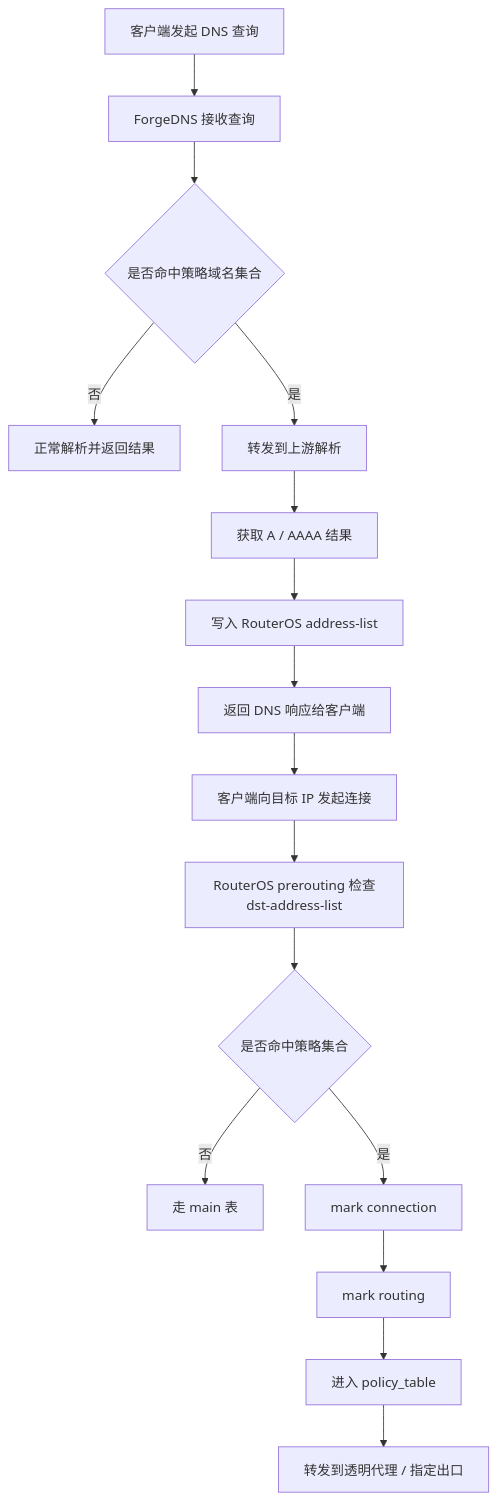
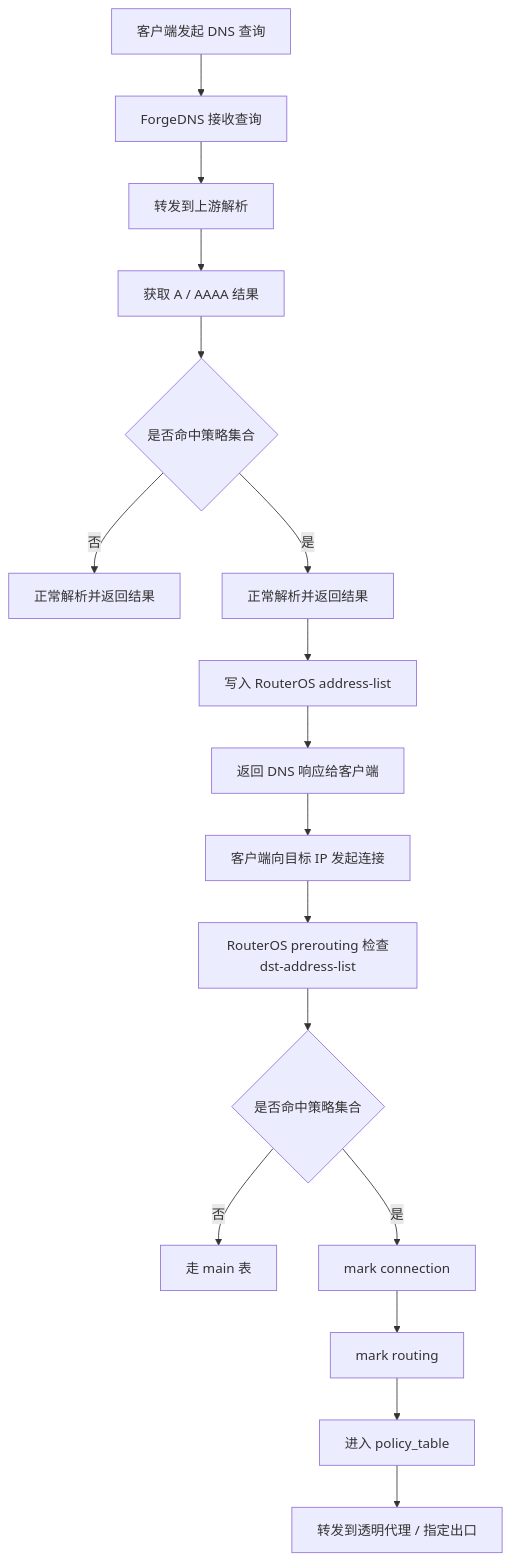
One commit to SvenShi/forgedns-bypass changed the first of 2 diagrams in README.md. Above: the diagram before and after it, drawn with Mermaid.

Commit message:
Update flowchart in README for DNS query process

````diff
--- a/README.md
+++ b/README.md
@@ -45,18 +45,19 @@
 ```mermaid
 flowchart TD
     A[客户端发起 DNS 查询] --> B[ForgeDNS 接收查询]
-    B --> C{是否命中策略域名集合}
-    C -- 否 --> D[正常解析并返回结果]
-    C -- 是 --> E[转发到上游解析]
-    E --> F[获取 A / AAAA 结果]
-    F --> G[写入 RouterOS address-list]
-    G --> H[返回 DNS 响应给客户端]
-    H --> I[客户端向目标 IP 发起连接]
-    I --> J[RouterOS prerouting 检查dst-address-list]
-    J --> K{是否命中策略集合}
-    K -- 否 --> L[走 main 表]
-    K -- 是 --> M[mark connection]
-    M --> N[mark routing]
-    N --> O[进入 policy_table]
-    O --> P[转发到透明代理 / 指定出口]
+    B --> C[转发到上游解析]
+    C --> D[获取 A / AAAA 结果]
+    D --> E{是否命中策略集合}
+    E -- 否 --> F[正常解析并返回结果]
+    E -- 是 --> G[正常解析并返回结果]
+    G --> H[写入 RouterOS address-list]
+    H --> I[返回 DNS 响应给客户端]
+    I --> J[客户端向目标 IP 发起连接]
+    J --> K[RouterOS prerouting 检查dst-address-list]
+    K --> L{是否命中策略集合}
+    L -- 否 --> M[走 main 表]
+    L -- 是 --> O[mark connection]
+    O --> P[mark routing]
+    P --> Q[进入 policy_table]
+    Q --> X[转发到透明代理 / 指定出口]
 ```
````
